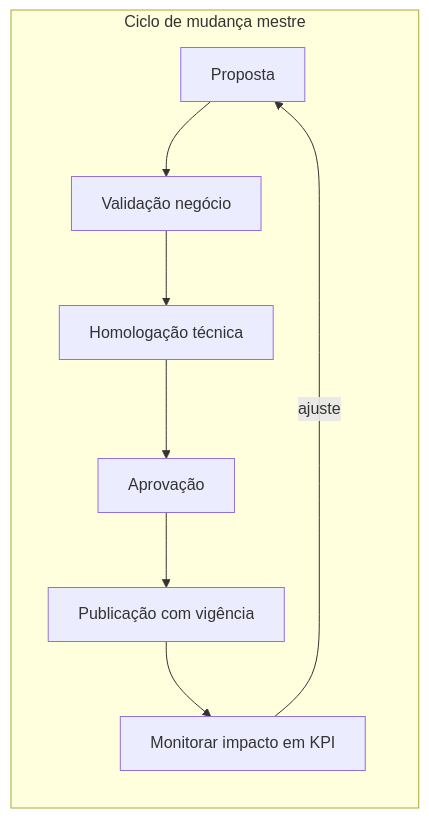
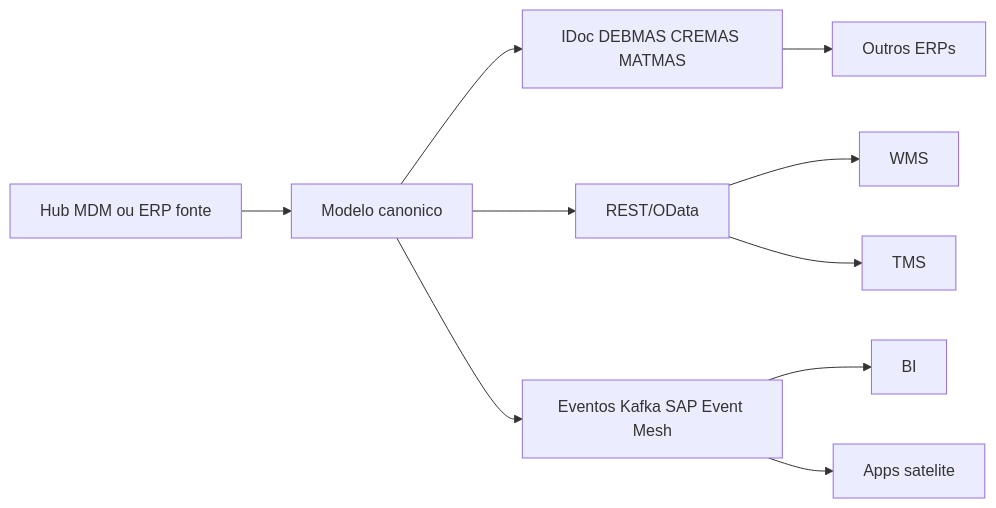
The fourth of 4 diagrams in aulas/trilha-tecnologia-e-sistemas/modulo-01-master-data-para-logistica/aula-01-master-data-na-cadeia.md (cleberhensel/logisticon-academy), drawn with Mermaid before and after one commit. The commit also changed other lines of this file and 122 other files, not shown here.

````diff
--- a/aulas/trilha-tecnologia-e-sistemas/modulo-01-master-data-para-logistica/aula-01-master-data-na-cadeia.md
+++ b/aulas/trilha-tecnologia-e-sistemas/modulo-01-master-data-para-logistica/aula-01-master-data-na-cadeia.md
@@ -93,13 +196,14 @@
 ```mermaid
 flowchart LR
-  subgraph ciclo["Ciclo de mudança mestre"]
-    P[Proposta]
-    V[Validação negócio]
-    H[Homologação técnica]
-    A[Aprovação]
-    Pub[Publicação com vigência]
-    Mon[Monitorar impacto em KPI]
-  end
-  P --> V --> H --> A --> Pub --> Mon
-  Mon -->|ajuste| P
+  HUB[Hub MDM ou ERP fonte]
+  CAN[Modelo canonico]
+  HUB --> CAN
+  CAN --> IDOC[IDoc DEBMAS CREMAS MATMAS]
+  CAN --> API[REST/OData]
+  CAN --> EVT[Eventos Kafka SAP Event Mesh]
+  IDOC --> ERP2[Outros ERPs]
+  API --> WMS
+  API --> TMS
+  EVT --> BI
+  EVT --> APPS[Apps satelite]
 ```
````
